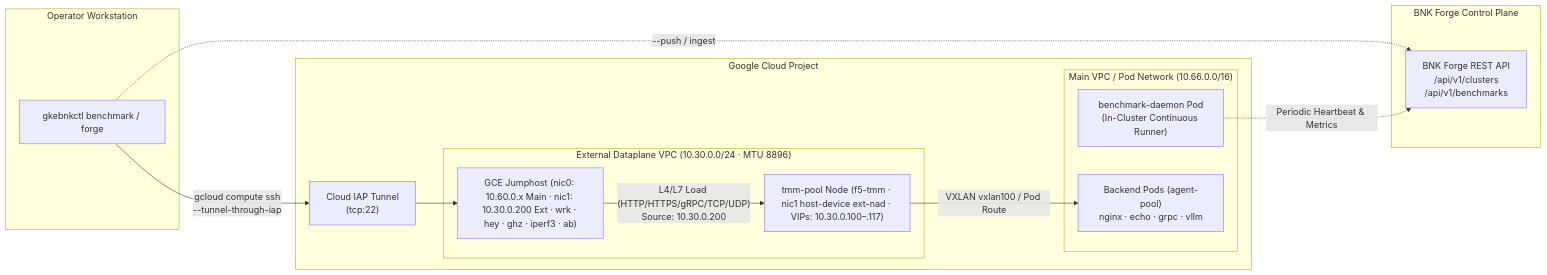
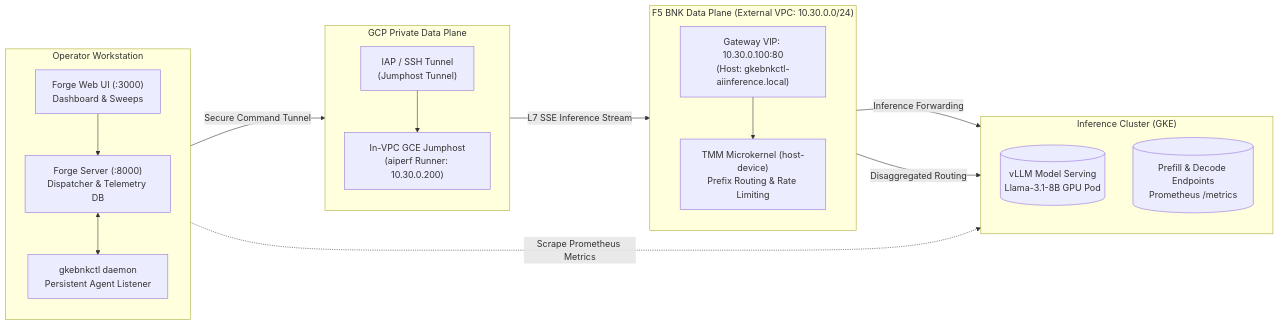
The first of 2 diagrams in docs/BENCHMARKS.md (JLCode-tech/gkebnkctl), drawn with Mermaid before and after one commit. The commit also changed other lines of this file and 2 other files, not shown here.

Commit message:
docs: align README.md, BENCHMARKS.md, and COMMANDS.md with canonical 13-section layout (#76)

````diff
--- a/docs/BENCHMARKS.md
+++ b/docs/BENCHMARKS.md
@@ -15,30 +24,37 @@
 ```mermaid
 flowchart LR
-  subgraph Workstation["Operator Workstation"]
-    CLI["gkebnkctl benchmark / forge"]
-  end
-
-  subgraph GCP["Google Cloud Project"]
-    IAP["Cloud IAP Tunnel\n(tcp:22)"]
-
-    subgraph ExtVPC["External Dataplane VPC (10.30.0.0/24 · MTU 8896)"]
-      JH["GCE Jumphost (nic0: 10.60.0.x Main · nic1: 10.30.0.200 Ext · wrk · hey · ghz · iperf3 · ab)"]
-      TMM["tmm-pool Node (f5-tmm · nic1 host-device ext-nad · VIPs: 10.30.0.100–.117)"]
+    subgraph Operator["Operator Workstation"]
+        direction TB
+        UI["Forge Web UI (:3000)<br/>Dashboard & Sweeps"]
+        Server["Forge Server (:8000)<br/>Dispatcher & Telemetry DB"]
+        Daemon["gkebnkctl daemon<br/>Persistent Agent Listener"]
+        UI --> Server
+        Server <--> Daemon
     end
 
-    subgraph MainVPC["Main VPC / Pod Network (10.66.0.0/16)"]
-      Daemon["benchmark-daemon Pod\n(In-Cluster Continuous Runner)"]
-      Backends["Backend Pods (agent-pool)\nnginx · echo · grpc · vllm"]
+    subgraph VPC["GCP Private Data Plane"]
+        direction TB
+        IAP["IAP / SSH Tunnel<br/>(Jumphost Tunnel)"]
+        JH["In-VPC GCE Jumphost<br/>(aiperf Runner: 10.30.0.200)"]
+        IAP --> JH
     end
-  end
 
-  subgraph Forge["BNK Forge Control Plane"]
-    ForgeAPI["BNK Forge REST API\n/api/v1/clusters\n/api/v1/benchmarks"]
-  end
+    subgraph Ingress["F5 BNK Data Plane (External VPC: 10.30.0.0/24)"]
+        direction TB
+        VIP["Gateway VIP: 10.30.0.100:80<br/>(Host: gkebnkctl-aiinference.local)"]
+        TMM["TMM Microkernel (host-device)<br/>Prefix Routing & Rate Limiting"]
+        VIP --> TMM
+    end
 
-  CLI -->|"gcloud compute ssh\n--tunnel-through-iap"| IAP --> JH
-  JH -->|"L4/L7 Load (HTTP/HTTPS/gRPC/TCP/UDP)\nSource: 10.30.0.200"| TMM
-  TMM -->|"VXLAN vxlan100 / Pod Route"| Backends
-  CLI -.->|"--push / ingest"| ForgeAPI
-  Daemon -.->|"Periodic Heartbeat & Metrics"| ForgeAPI
+    subgraph Serving["Inference Cluster (GKE)"]
+        direction TB
+        vLLM[("vLLM Model Serving<br/>Llama-3.1-8B GPU Pod")]
+        EPP[("Prefill & Decode Endpoints<br/>Prometheus /metrics")]
+    end
+
+    Daemon -->|Secure Command Tunnel| IAP
+    JH -->|L7 SSE Inference Stream| VIP
+    TMM -->|Inference Forwarding| vLLM
+    TMM -->|Disaggregated Routing| EPP
+    Daemon -.->|Scrape Prometheus Metrics| EPP
 ```
````
